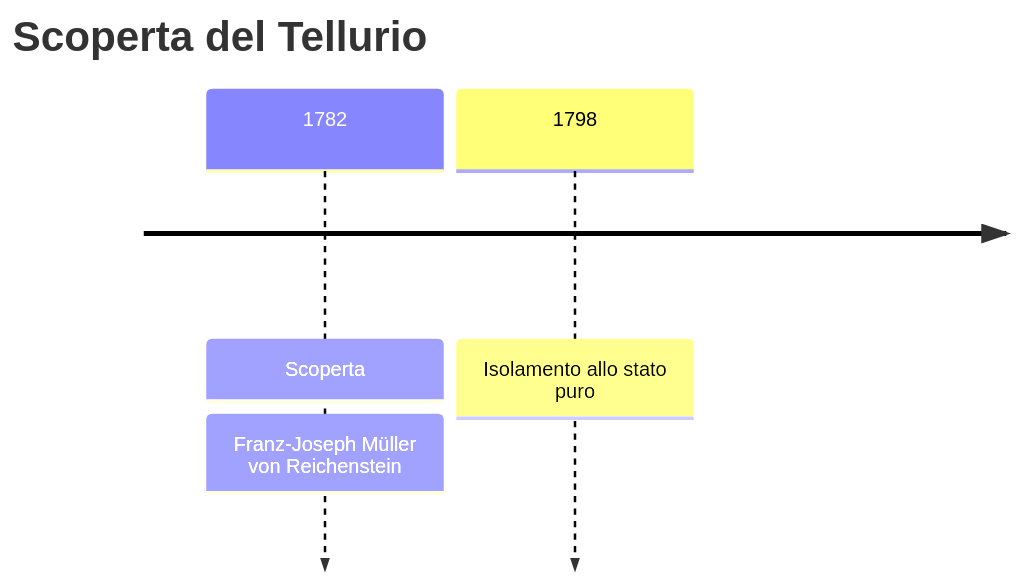
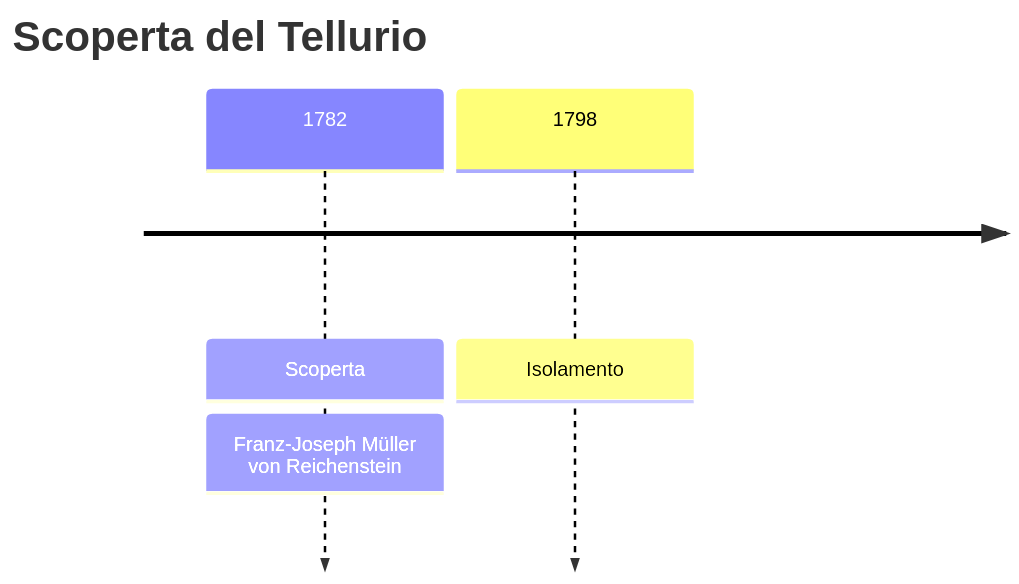
The first of 3 diagrams in vault/Elementi/Tellurio.md (gianlucaciarcelluti/elements-caos), drawn with Mermaid before and after one commit. The commit also changed 56 other files, not shown here.

````diff
--- a/vault/Elementi/Tellurio.md
+++ b/vault/Elementi/Tellurio.md
@@ -28,6 +28,6 @@
 ```mermaid
 timeline
     title Scoperta del Tellurio
     1782 : Scoperta : Franz-Joseph Müller von Reichenstein
-    1798 : Isolamento allo stato puro
+    1798 : Isolamento
 ```
````
